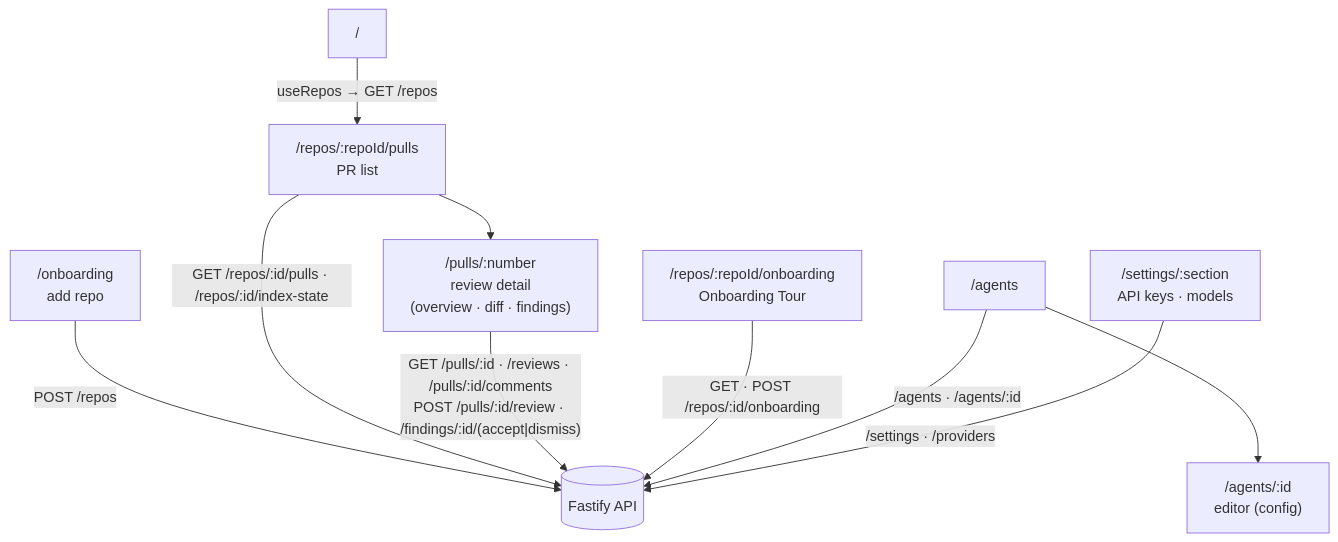
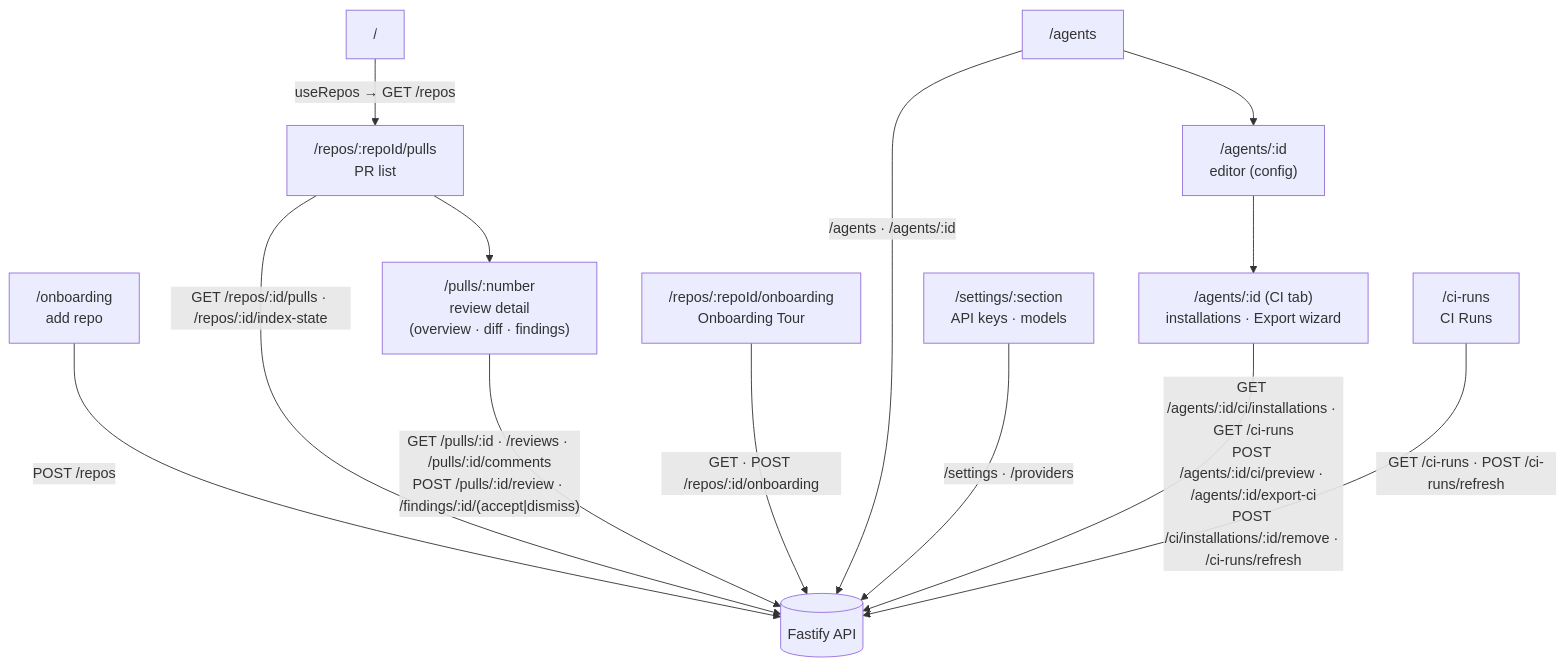
One commit to MShcherbyna/dev-digest changed the diagram in client/README.md. Above: the diagram before and after it, drawn with Mermaid. The commit also changed other lines of this file and 145 other files, not shown here.

First line of the commit message:
emdash/export-to-ci-st5vt: Export to CI — wizard, CI tab, CI Runs, pull ingest

````diff
--- a/client/README.md
+++ b/client/README.md
@@ -24,16 +24,20 @@
 ```mermaid
 flowchart TD
   ROOT["/"] -->|"useRepos → GET /repos"| PULLS["/repos/:repoId/pulls<br/>PR list"]
   ONB["/onboarding<br/>add repo"] -->|"POST /repos"| API[("Fastify API")]
   TOUR["/repos/:repoId/onboarding<br/>Onboarding Tour"]
   PULLS --> PR["/pulls/:number<br/>review detail<br/>(overview · diff · findings)"]
 
   AGENTS["/agents"] --> AGENT["/agents/:id<br/>editor (config)"]
+  AGENT --> CITAB["/agents/:id (CI tab)<br/>installations · Export wizard"]
+  CIRUNS["/ci-runs<br/>CI Runs"]
   SETTINGS["/settings/:section<br/>API keys · models"]
 
   PULLS -->|"GET /repos/:id/pulls · /repos/:id/index-state"| API
   PR -->|"GET /pulls/:id · /reviews · /pulls/:id/comments<br/>POST /pulls/:id/review · /findings/:id/(accept|dismiss)"| API
   TOUR -->|"GET · POST /repos/:id/onboarding"| API
   AGENTS -->|"/agents · /agents/:id"| API
   SETTINGS -->|"/settings · /providers"| API
+  CITAB -->|"GET /agents/:id/ci/installations · GET /ci-runs<br/>POST /agents/:id/ci/preview · /agents/:id/export-ci<br/>POST /ci/installations/:id/remove · /ci-runs/refresh"| API
+  CIRUNS -->|"GET /ci-runs · POST /ci-runs/refresh"| API
 ```
````
